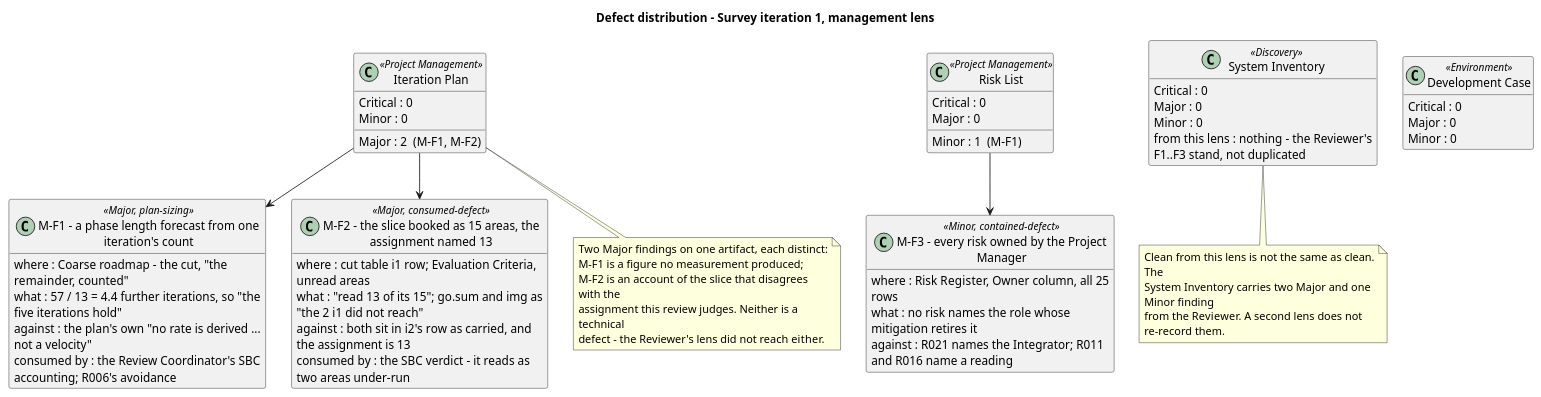
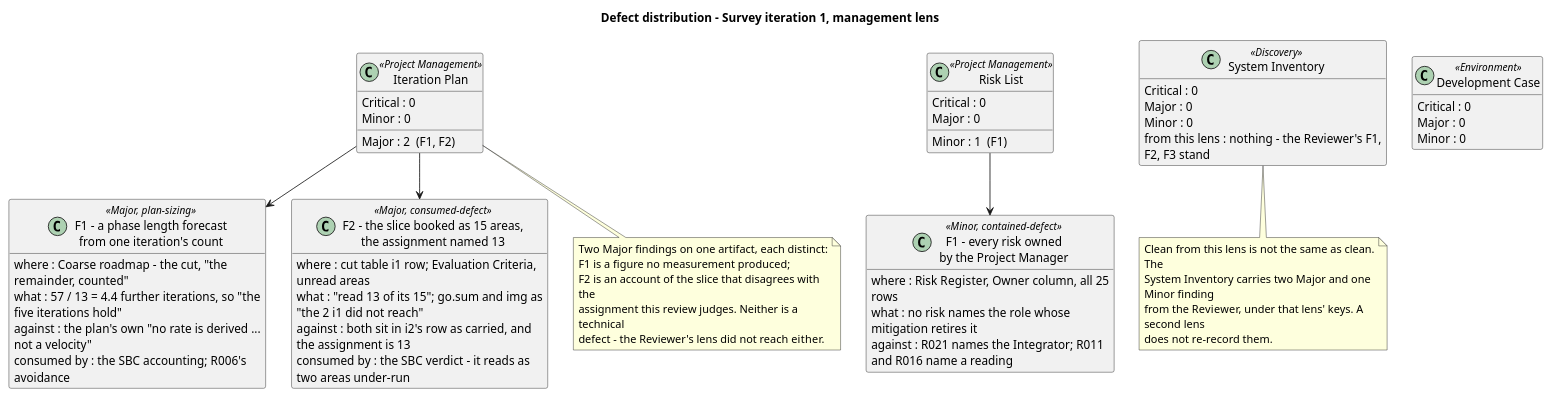
The third of 6 diagrams in docs/artifacts/project-management/review-record.md (banense-test/dapr), drawn with PlantUML before and after one commit. The commit also changed other lines of this file, not shown here.

Commit message:
Management Reviewer [Survey1]: upsert Review Record
[skip ci]

````diff
--- a/docs/artifacts/project-management/review-record.md
+++ b/docs/artifacts/project-management/review-record.md
@@ -333,73 +333,74 @@
 ```plantuml
 @startuml
 title Defect distribution - Survey iteration 1, management lens
 hide empty members
 skinparam classAttributeIconSize 0
 skinparam wrapWidth 300
 skinparam nodesep 30
 skinparam ranksep 40
 
 class "Iteration Plan" as IP <<Project Management>> {
   Critical : 0
-  Major : 2  (M-F1, M-F2)
+  Major : 2  (F1, F2)
   Minor : 0
 }
 
 class "Risk List" as RL <<Project Management>> {
   Critical : 0
   Major : 0
-  Minor : 1  (M-F1)
+  Minor : 1  (F1)
 }
 
 class "System Inventory" as SI <<Discovery>> {
   Critical : 0
   Major : 0
   Minor : 0
-  from this lens : nothing - the Reviewer's F1..F3 stand, not duplicated
+  from this lens : nothing - the Reviewer's F1, F2, F3 stand
 }
 
 class "Development Case" as DC <<Environment>> {
   Critical : 0
   Major : 0
   Minor : 0
 }
 
-class "M-F1 - a phase length forecast from one iteration's count" as M1 <<Major, plan-sizing>> {
+class "F1 - a phase length forecast\nfrom one iteration's count" as M1 <<Major, plan-sizing>> {
   where : Coarse roadmap - the cut, "the remainder, counted"
   what : 57 / 13 = 4.4 further iterations, so "the five iterations hold"
   against : the plan's own "no rate is derived ... not a velocity"
-  consumed by : the Review Coordinator's SBC accounting; R006's avoidance
+  consumed by : the SBC accounting; R006's avoidance
 }
 
-class "M-F2 - the slice booked as 15 areas, the assignment named 13" as M2 <<Major, consumed-defect>> {
+class "F2 - the slice booked as 15 areas,\nthe assignment named 13" as M2 <<Major, consumed-defect>> {
   where : cut table i1 row; Evaluation Criteria, unread areas
   what : "read 13 of its 15"; go.sum and img as "the 2 i1 did not reach"
   against : both sit in i2's row as carried, and the assignment is 13
   consumed by : the SBC verdict - it reads as two areas under-run
 }
 
-class "M-F3 - every risk owned by the Project Manager" as M3 <<Minor, contained-defect>> {
+class "F1 - every risk owned\nby the Project Manager" as M3 <<Minor, contained-defect>> {
   where : Risk Register, Owner column, all 25 rows
   what : no risk names the role whose mitigation retires it
   against : R021 names the Integrator; R011 and R016 name a reading
 }
 
 IP --> M1
 IP --> M2
 RL --> M3
 
 note bottom of IP
   Two Major findings on one artifact, each distinct:
-  M-F1 is a figure no measurement produced;
-  M-F2 is an account of the slice that disagrees with the
+  F1 is a figure no measurement produced;
+  F2 is an account of the slice that disagrees with the
   assignment this review judges. Neither is a technical
   defect - the Reviewer's lens did not reach either.
 end note
 
 note bottom of SI
   Clean from this lens is not the same as clean. The
   System Inventory carries two Major and one Minor finding
-  from the Reviewer. A second lens does not re-record them.
+  from the Reviewer, under that lens' keys. A second lens
+  does not re-record them.
 end note
 @enduml
 ```
````
